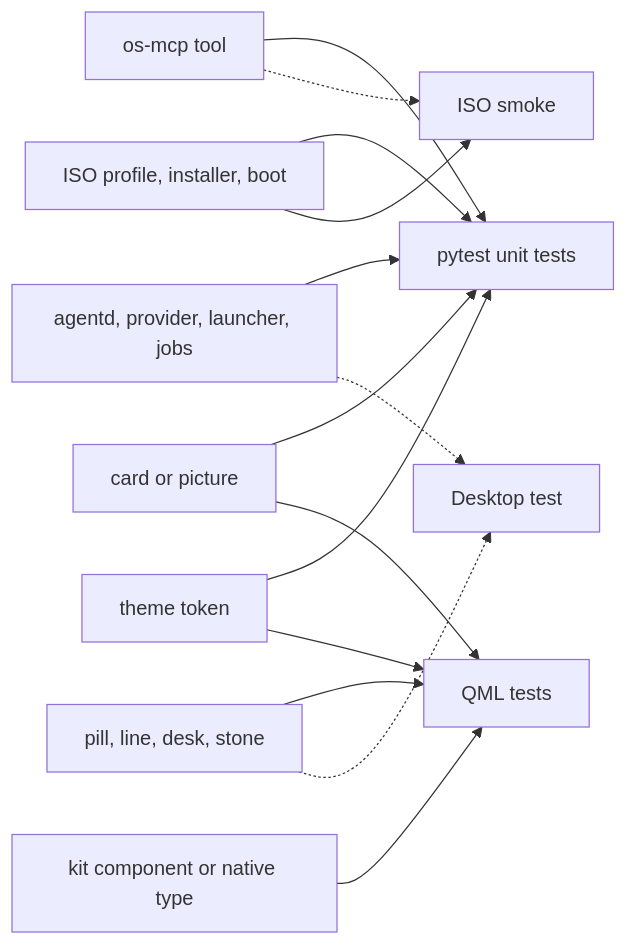
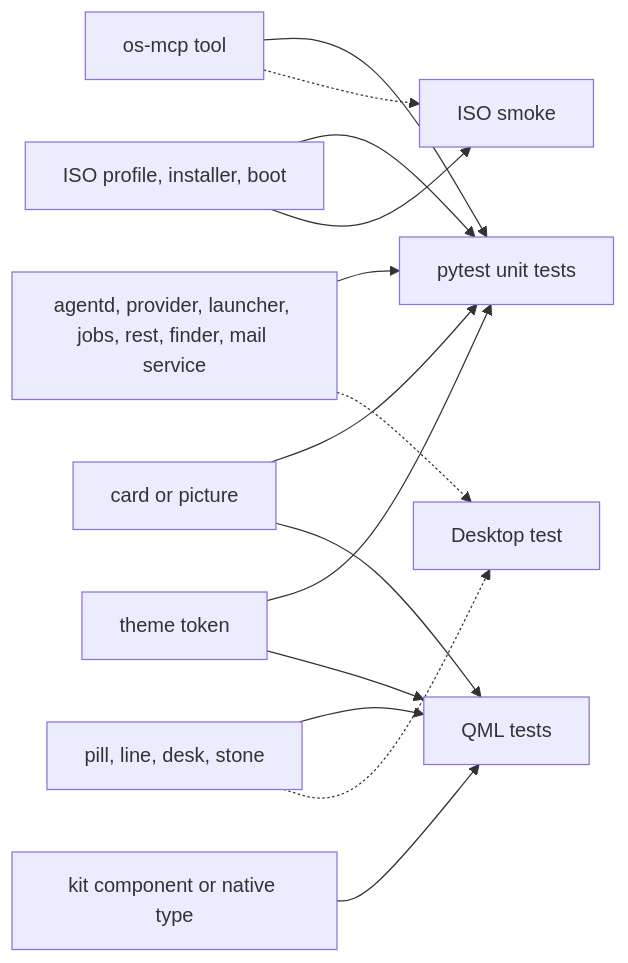
One commit to thedefaultman/Bombadil changed the second of 2 diagrams in docs/contributing/development.md. Above: the diagram before and after it, drawn with Mermaid. The commit also changed other lines of this file and 18 other files, not shown here.

First line of the commit message:
docs: architecture page updates against current main (checks interrupted)

````diff
--- a/docs/contributing/development.md
+++ b/docs/contributing/development.md
@@ -171,16 +175,16 @@
 ```mermaid
 flowchart LR
-    c1["agentd, provider, launcher, jobs"] --> U["pytest unit tests"]
+    c1["agentd, provider, launcher, jobs, rest, finder, mail service"] --> U["pytest unit tests"]
     c2["os-mcp tool"] --> U
     c3["card or picture"] --> U
     c3 --> Q["QML tests"]
     c4["kit component or native type"] --> Q
     c5["pill, line, desk, stone"] --> Q
     c6["theme token"] --> U
     c6 --> Q
     c7["ISO profile, installer, boot"] --> U
     c7 --> S["ISO smoke"]
     c1 -.-> D["Desktop test"]
     c5 -.-> D
     c2 -.-> S
 ```
````
